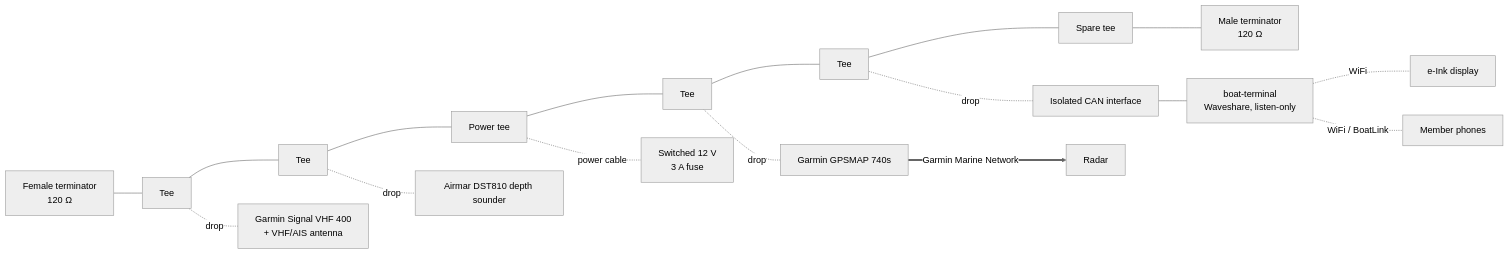
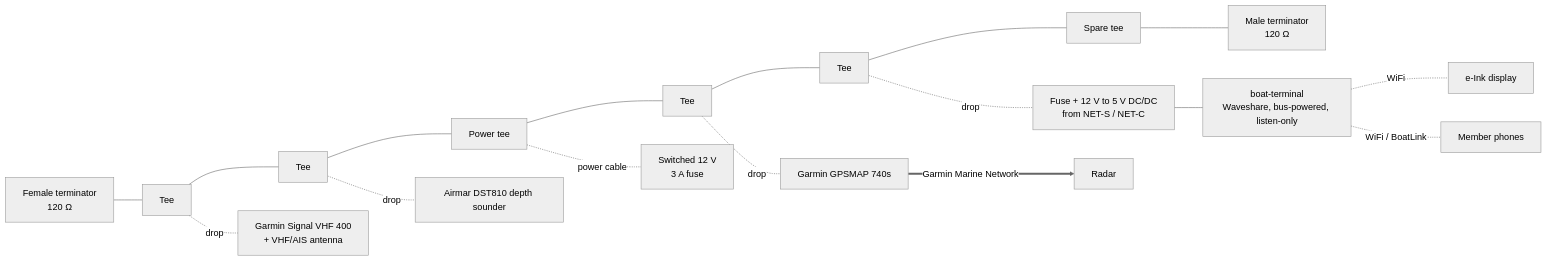
One commit to l-m-y-c/boat-terminal changed the first of 2 diagrams in docs/19-n2k-backbone-install.md. Above: the diagram before and after it, drawn with Mermaid (neutral theme). The commit also changed other lines of this file and 5 other files, not shown here.

Commit message:
Power boat-terminal from the NMEA 2000 bus as the main way to connect, with isolation as the fallback.

````diff
--- a/docs/19-n2k-backbone-install.md
+++ b/docs/19-n2k-backbone-install.md
@@ -13,16 +13,16 @@
 ```mermaid
 flowchart LR
     TF[Female terminator<br/>120 Ω] --- T1
     T1[Tee] --- T2[Tee] --- TP[Power tee] --- T3[Tee] --- T4[Tee] --- T5[Spare tee]
     T5 --- TM[Male terminator<br/>120 Ω]
 
     T1 -. drop .- VHF[Garmin Signal VHF 400<br/>+ VHF/AIS antenna]
     T2 -. drop .- DEP[Airmar DST810 depth sounder]
     TP -. power cable .- PWR[Switched 12 V<br/>3 A fuse]
     T3 -. drop .- PLOT[Garmin GPSMAP 740s]
-    T4 -. drop .- ISO[Isolated CAN interface] --- BT[boat-terminal<br/>Waveshare, listen-only]
+    T4 -. drop .- DCDC[Fuse + 12 V to 5 V DC/DC<br/>from NET-S / NET-C] --- BT[boat-terminal<br/>Waveshare, bus-powered, listen-only]
 
     PLOT == Garmin Marine Network ==> RADAR[Radar]
     BT -. WiFi .- EINK[e-Ink display]
     BT -. WiFi / BoatLink .- PHONE[Member phones]
 ```
````
